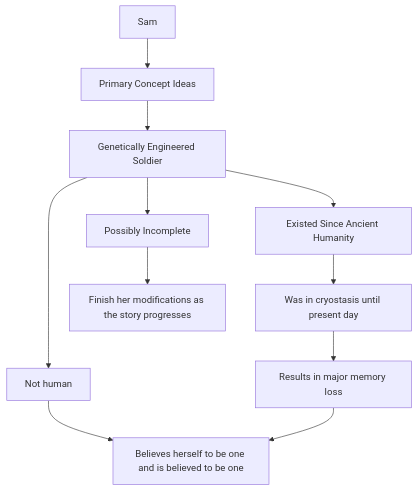
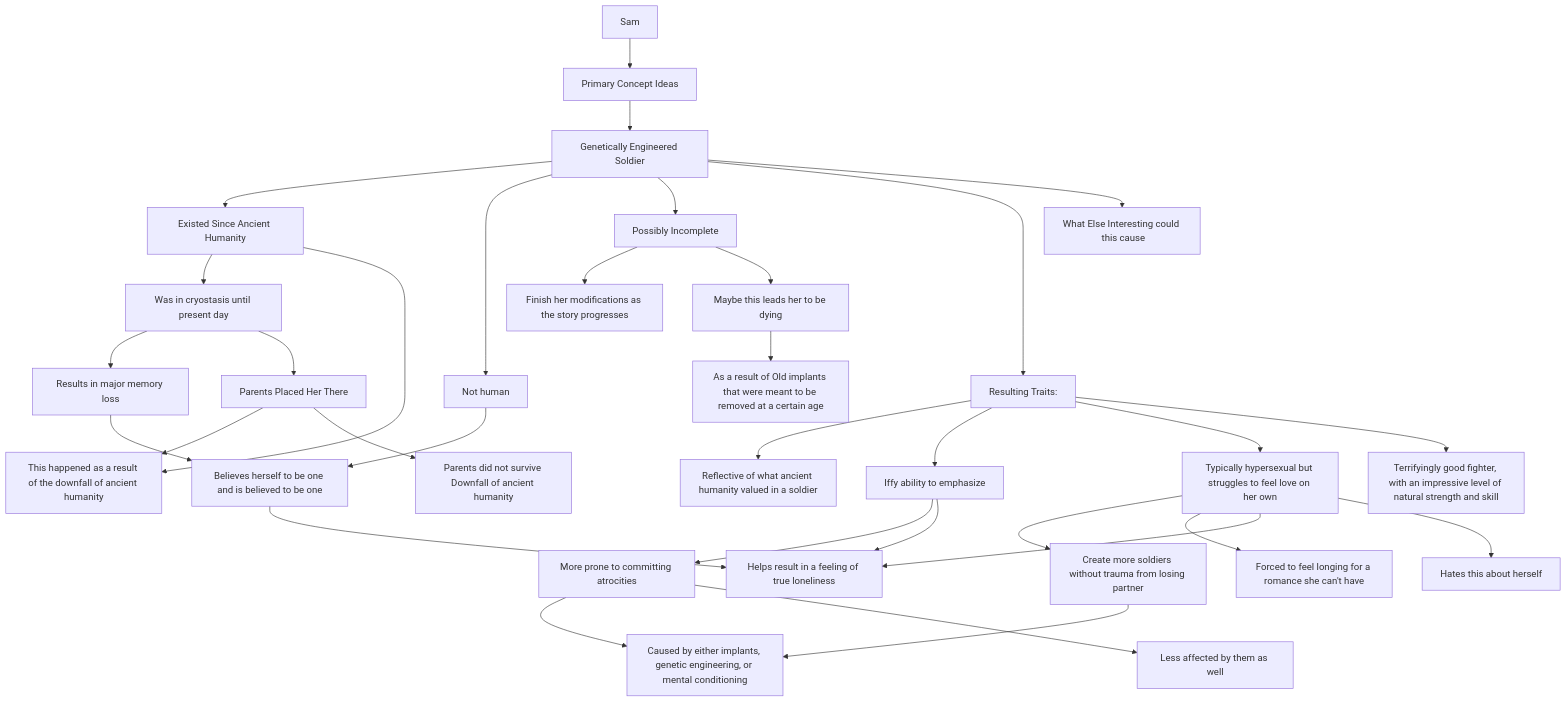
Before and after one commit to Deathwolff808/quartz: the diagram in content/Writing/Characters/Main Characters/Sam.md, drawn with Mermaid. The commit also changed 1 other file, not shown here.

Commit message:
Published multiple files

````diff
--- a/content/Writing/Characters/Main Characters/Sam.md
+++ b/content/Writing/Characters/Main Characters/Sam.md
@@ -1,24 +1,65 @@
 ```mermaid
 graph TB
 1bcf73117880a9d7["Sam"]
 cf16479dd3eed837["Primary Concept Ideas"]
 414d86afe3feecb3["Genetically Engineered Soldier"]
 3ba80077ff7162a0["Existed Since Ancient Humanity"]
 35086ddeb27c93a4["Was in cryostasis until present day"]
 656b87b22f860a51["Results in major memory loss"]
 ff90a77a8a3a1fcb["Not human"]
-9bb1d18216f9976c["Believes herself to be one and is believed to be one"]
 c63c388f54764d90["Possibly Incomplete"]
 80e0a3bc243459be["Finish her modifications as the story progresses"]
+bbd60a9c05f53436["Parents Placed Her There"]
+3b990e05305105bc["This happened as a result of the downfall of ancient humanity"]
+a08627a25b136646["Resulting Traits:"]
+b25619875155d93c["Reflective of what ancient humanity valued in a soldier"]
+2160576b84193276["Maybe this leads her to be dying"]
+5c7c77c86dc793a6["Iffy ability to emphasize"]
+c97468ecb7545944["Typically hypersexual but struggles to feel love on her own"]
+f9842800f677158a["Create more soldiers without trauma from losing partner"]
+a9f06ecc840c6e94["Terrifyingly good fighter, with an impressive level of natural strength and skill"]
+895810daeb7472b5["Caused by either implants, genetic engineering, or mental conditioning"]
+3b8d77a59a5819f3["More prone to committing atrocities "]
+47ac25b0e668b1be["Less affected by them as well"]
+34ceec53b4f4f527["Forced to feel longing for a romance she can't have"]
+9cbfec7e605bed58["Helps result in a feeling of true loneliness"]
+9bb1d18216f9976c["Believes herself to be one and is believed to be one"]
+747d0d3142198f5a["Hates this about herself"]
+ed24f33e5119c213["Parents did not survive Downfall of ancient humanity "]
+f9129a461d65f3a0["What Else Interesting could  this cause"]
+aed568f1fb61c84d["As a result of Old implants that were meant to be removed at a certain age"]
 1bcf73117880a9d7 --> cf16479dd3eed837
 cf16479dd3eed837 --> 414d86afe3feecb3
 414d86afe3feecb3 --> 3ba80077ff7162a0
 3ba80077ff7162a0 --> 35086ddeb27c93a4
 35086ddeb27c93a4 --> 656b87b22f860a51
 414d86afe3feecb3 --> ff90a77a8a3a1fcb
 ff90a77a8a3a1fcb --> 9bb1d18216f9976c
 656b87b22f860a51 --> 9bb1d18216f9976c
 414d86afe3feecb3 --> c63c388f54764d90
 c63c388f54764d90 --> 80e0a3bc243459be
+35086ddeb27c93a4 --> bbd60a9c05f53436
+bbd60a9c05f53436 --> 3b990e05305105bc
+3ba80077ff7162a0 --> 3b990e05305105bc
+414d86afe3feecb3 --> a08627a25b136646
+a08627a25b136646 --> b25619875155d93c
+c63c388f54764d90 --> 2160576b84193276
+a08627a25b136646 --> 5c7c77c86dc793a6
+a08627a25b136646 --> c97468ecb7545944
+c97468ecb7545944 --> f9842800f677158a
+a08627a25b136646 --> a9f06ecc840c6e94
+5c7c77c86dc793a6 --> 3b8d77a59a5819f3
+3b8d77a59a5819f3 --> 895810daeb7472b5
+f9842800f677158a --> 895810daeb7472b5
+c97468ecb7545944 --> 34ceec53b4f4f527
+5c7c77c86dc793a6 --> 9cbfec7e605bed58
+c97468ecb7545944 --> 9cbfec7e605bed58
+9bb1d18216f9976c --> 9cbfec7e605bed58
+3b8d77a59a5819f3 --> 47ac25b0e668b1be
+c97468ecb7545944 --> 747d0d3142198f5a
+bbd60a9c05f53436 --> ed24f33e5119c213
+414d86afe3feecb3 --> f9129a461d65f3a0
+2160576b84193276 --> aed568f1fb61c84d
+
 
 ```
````
